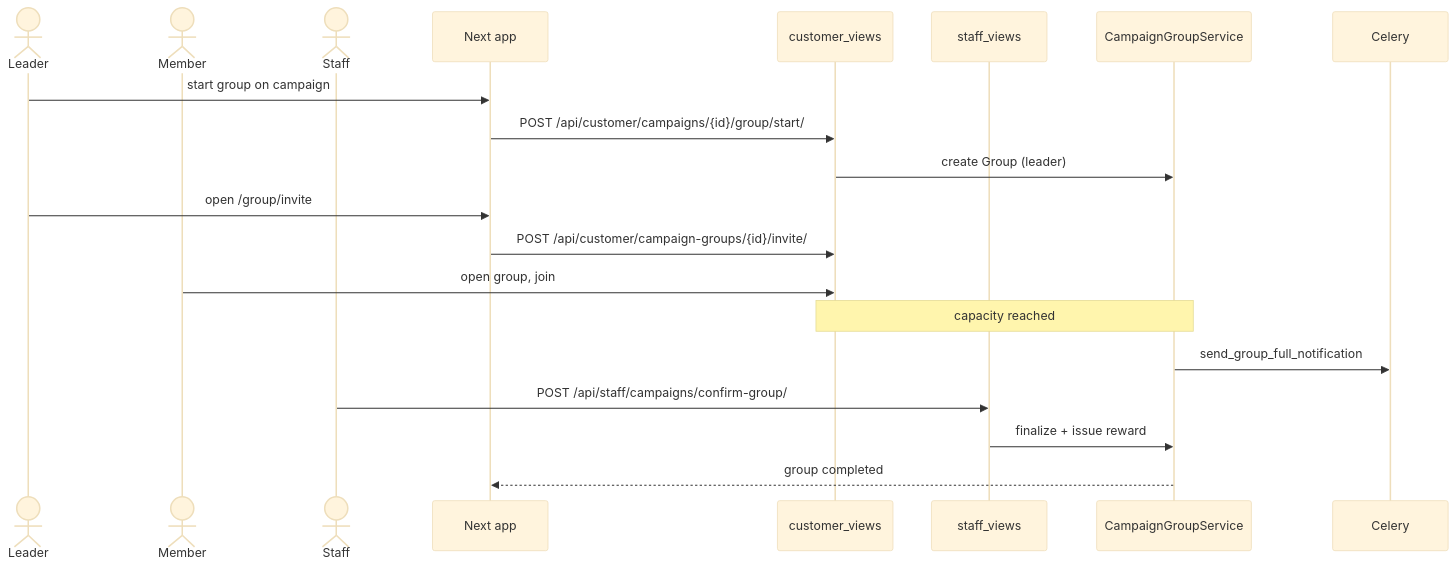
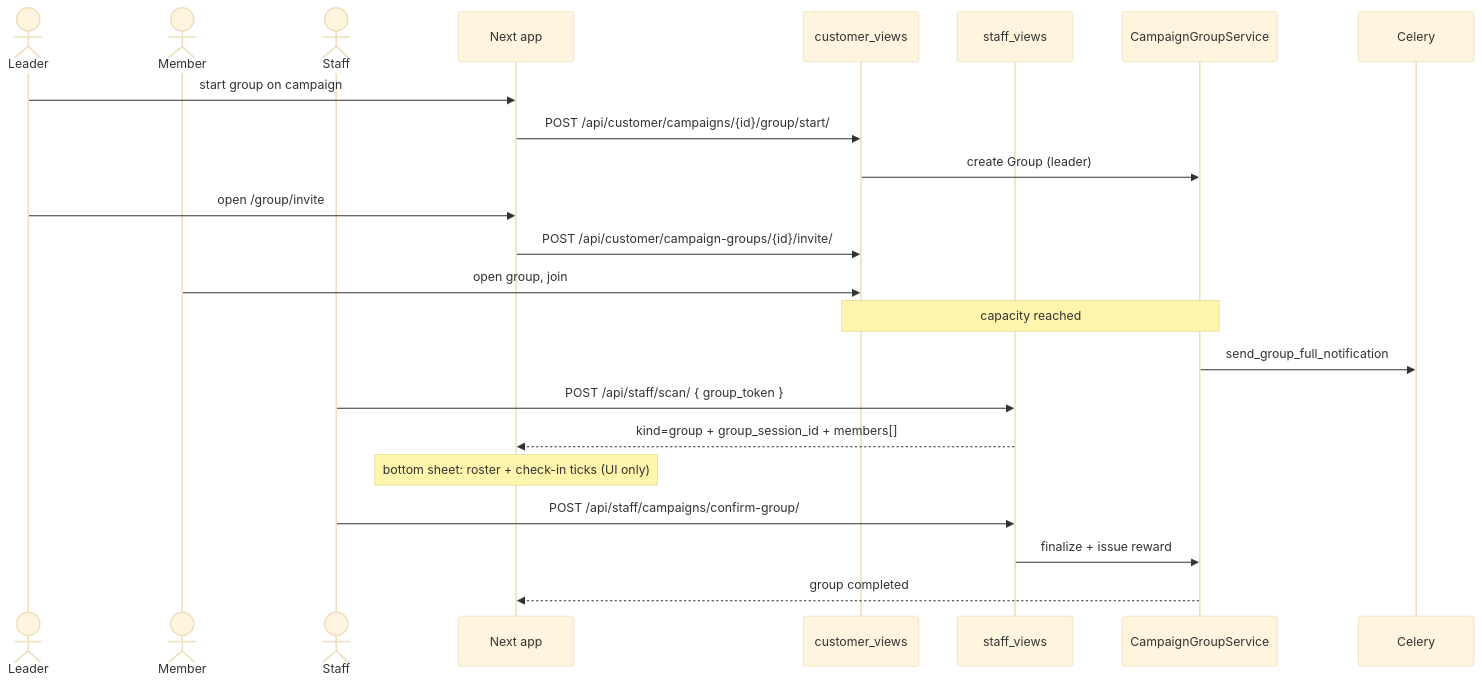
Before and after one commit to abdulra7ma/Jaqyn-services: the diagram in docs/workflows/campaign-group-session.md, drawn with Mermaid (base theme). The commit also changed other lines of this file and 37 other files, not shown here.

First line of the commit message:
feat: staff app handoff — redeem-from-scan, floating nav, activity filters

````diff
--- a/docs/workflows/campaign-group-session.md
+++ b/docs/workflows/campaign-group-session.md
@@ -58,23 +66,26 @@
 ```mermaid
 sequenceDiagram
     actor L as Leader
     actor M as Member
     actor S as Staff
     participant FE as Next app
     participant CAPI as customer_views
     participant SAPI as staff_views
     participant SVC as CampaignGroupService
     participant Q as Celery
 
     L->>FE: start group on campaign
     FE->>CAPI: POST /api/customer/campaigns/{id}/group/start/
     CAPI->>SVC: create Group (leader)
     L->>FE: open /group/invite
     FE->>CAPI: POST /api/customer/campaign-groups/{id}/invite/
     M->>CAPI: open group, join
     Note over CAPI,SVC: capacity reached
     SVC->>Q: send_group_full_notification
+    S->>SAPI: POST /api/staff/scan/ { group_token }
+    SAPI-->>FE: kind=group + group_session_id + members[]
+    Note over FE: bottom sheet: roster + check-in ticks (UI only)
     S->>SAPI: POST /api/staff/campaigns/confirm-group/
     SAPI->>SVC: finalize + issue reward
     SVC-->>FE: group completed
 ```
````
